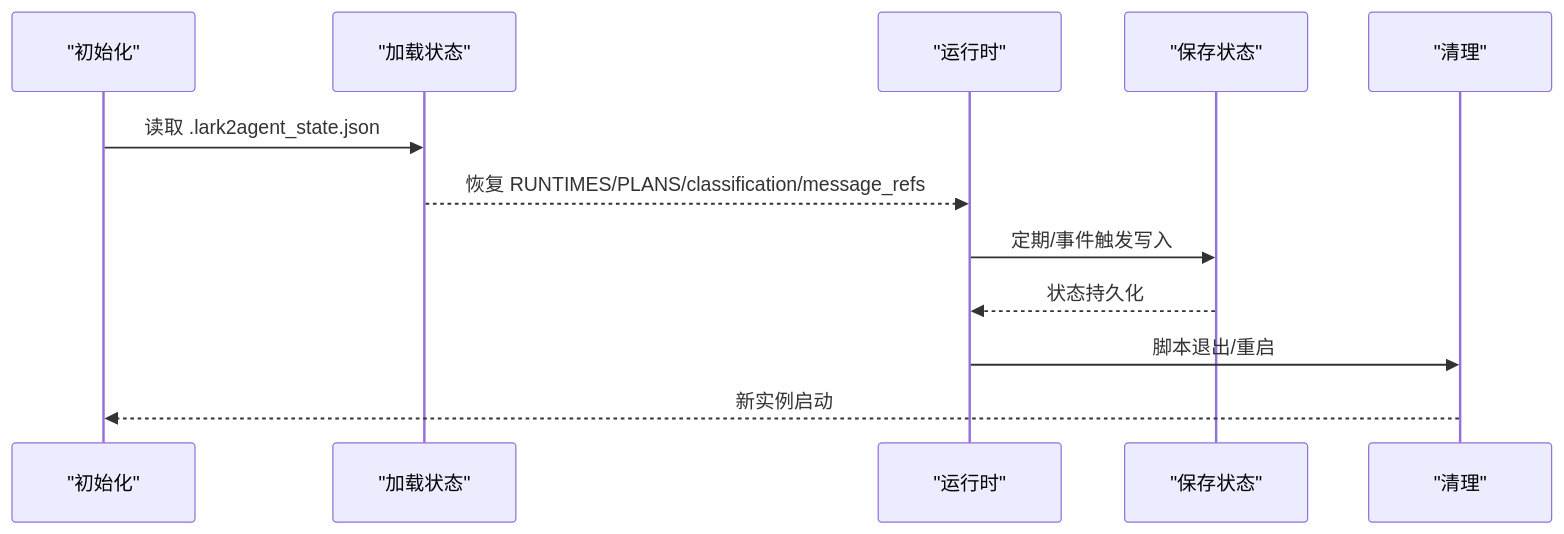
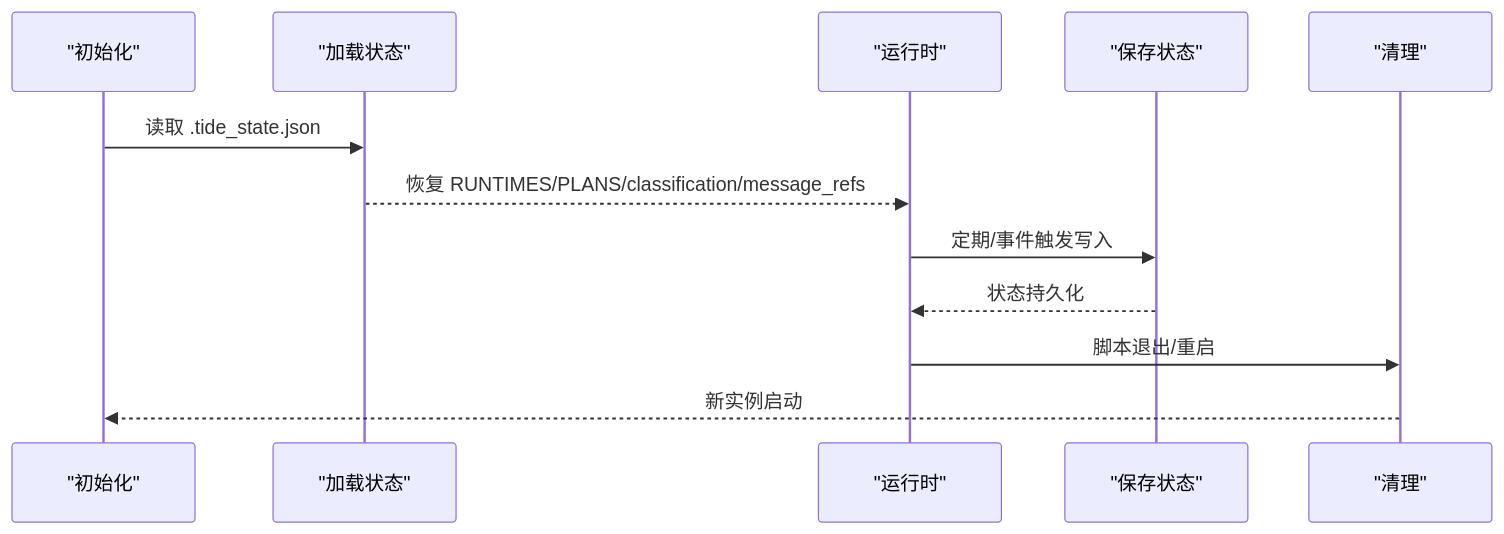
The second of 7 diagrams in .qoder/repowiki/zh/content/配置和环境/状态文件管理.md (winditer/tide), drawn with Mermaid before and after one commit. The commit also changed other lines of this file and 260 other files, not shown here.

````diff
--- a/.qoder/repowiki/zh/content/配置和环境/状态文件管理.md
+++ b/.qoder/repowiki/zh/content/配置和环境/状态文件管理.md
@@ -103,14 +103,14 @@
 ```mermaid
 sequenceDiagram
 participant Init as "初始化"
 participant Load as "加载状态"
 participant Run as "运行时"
 participant Save as "保存状态"
 participant Clean as "清理"
-Init->>Load : 读取 .lark2agent_state.json
+Init->>Load : 读取 .tide_state.json
 Load-->>Run : 恢复 RUNTIMES/PLANS/classification/message_refs
 Run->>Save : 定期/事件触发写入
 Save-->>Run : 状态持久化
 Run->>Clean : 脚本退出/重启
 Clean-->>Init : 新实例启动
 ```
````
